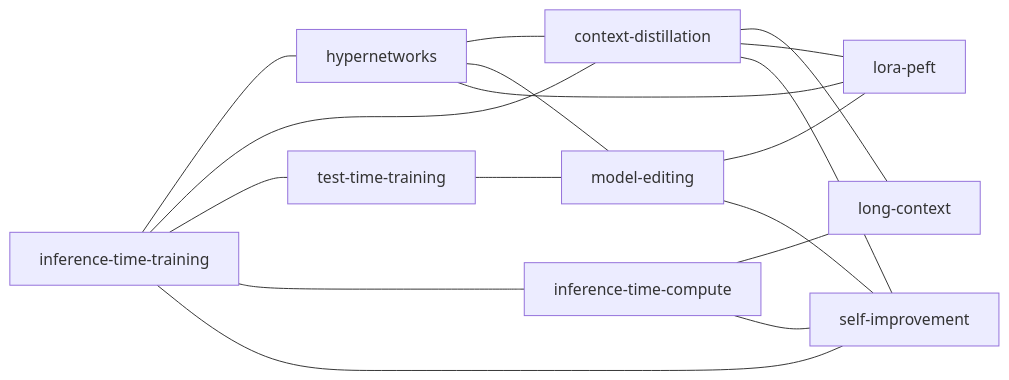
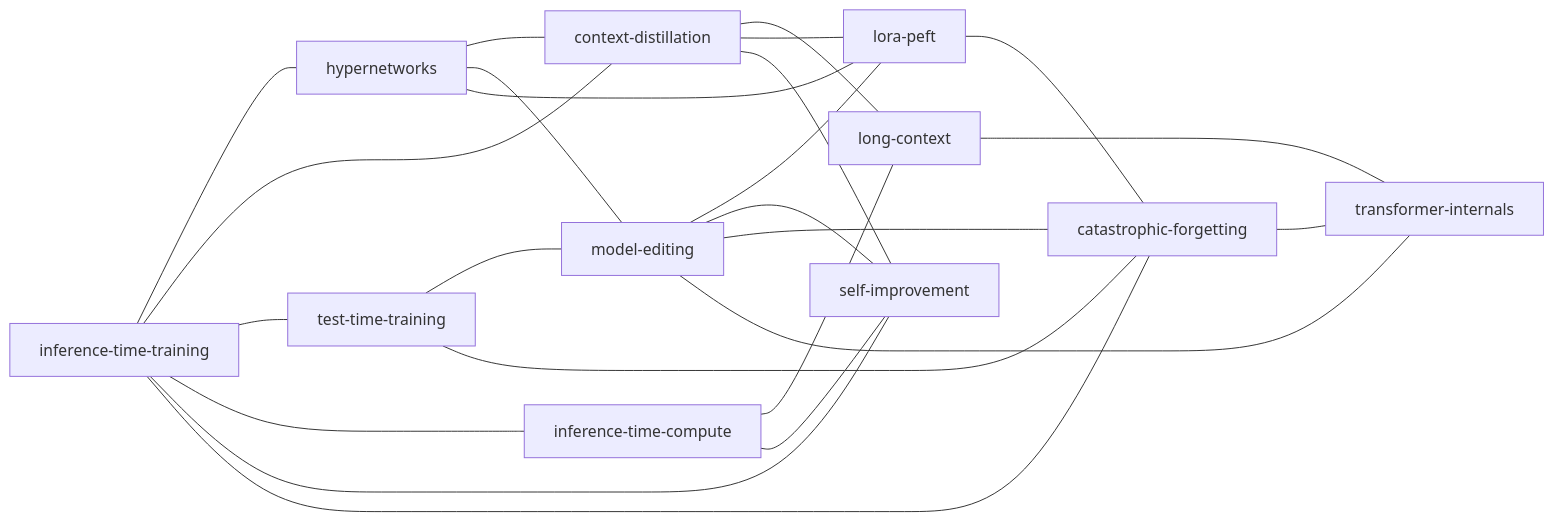
Before and after one commit to BDeMo/research-notes: the diagram in known/README.md, drawn with Mermaid. The commit also changed other lines of this file and 8 other files, not shown here.

````diff
--- a/known/README.md
+++ b/known/README.md
@@ -35,34 +37,46 @@
 ```mermaid
 graph LR
     ITT[inference-time-training]
     HN[hypernetworks]
     CD[context-distillation]
     TTT[test-time-training]
     ME[model-editing]
     LP[lora-peft]
     ITC[inference-time-compute]
     LC[long-context]
     SI[self-improvement]
+    CF[catastrophic-forgetting]
+    TI[transformer-internals]
 
     ITT --- HN
     ITT --- CD
     ITT --- TTT
     ITT --- ITC
     ITT --- SI
+    ITT --- CF
 
     HN --- CD
     HN --- ME
     HN --- LP
 
     CD --- LC
     CD --- LP
     CD --- SI
 
     TTT --- ME
+    TTT --- CF
 
     ME --- LP
     ME --- SI
+    ME --- CF
+    ME --- TI
 
     ITC --- LC
     ITC --- SI
+
+    LP --- CF
+
+    LC --- TI
+
+    CF --- TI
 ```
````
